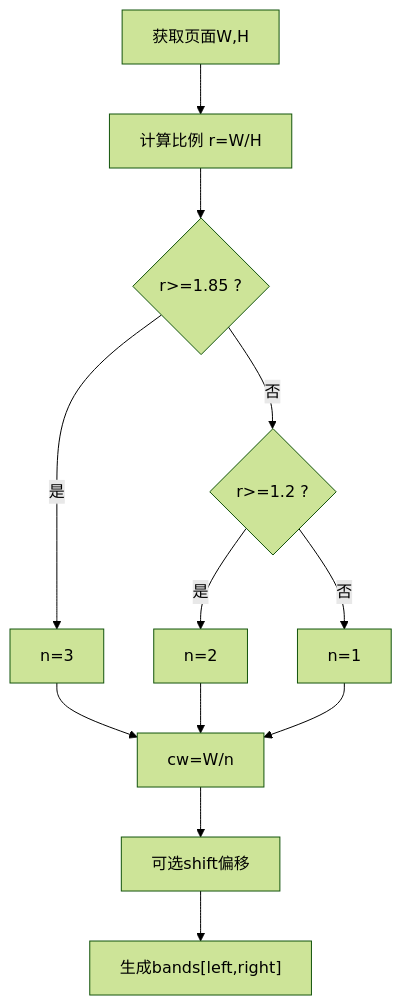
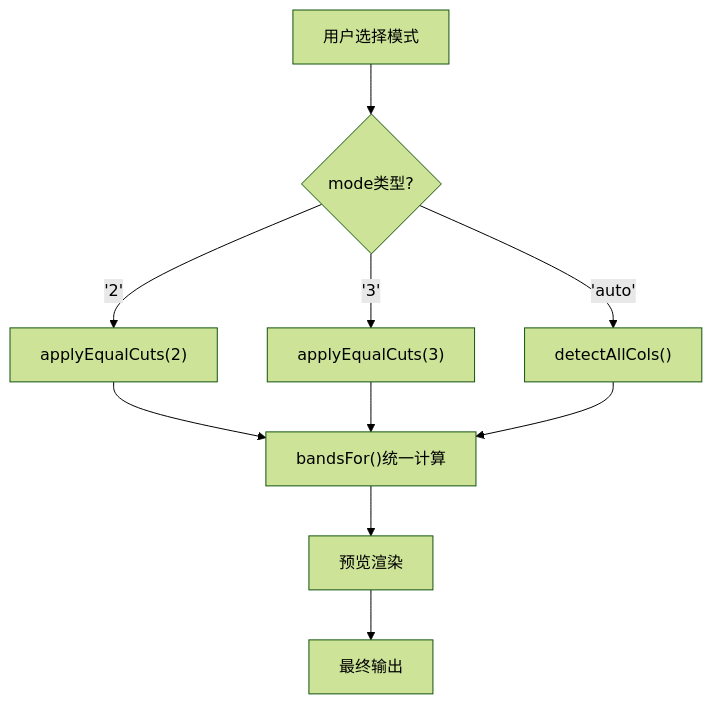
One commit to wzh8080/PDFTools changed the fifth of 9 diagrams in .qoder/repowiki/zh/content/Web应用架构/PDF处理引擎/PDF处理引擎.md. Above: the diagram before and after it, drawn with Mermaid (forest theme). The commit also changed other lines of this file and 29 other files, not shown here.

````diff
--- a/.qoder/repowiki/zh/content/Web应用架构/PDF处理引擎/PDF处理引擎.md
+++ b/.qoder/repowiki/zh/content/Web应用架构/PDF处理引擎/PDF处理引擎.md
@@ -177,14 +194,12 @@
 ```mermaid
 flowchart TD
-W_H["获取页面W,H"] --> Ratio["计算比例 r=W/H"]
-Ratio --> Decide{"r>=1.85 ?"}
-Decide --> |是| N3["n=3"]
-Decide --> |否| Check2{"r>=1.2 ?"}
-Check2 --> |是| N2["n=2"]
-Check2 --> |否| N1["n=1"]
-N3 --> Cw["cw=W/n"]
-N2 --> Cw
-N1 --> Cw
-Cw --> Shift["可选shift偏移"]
-Shift --> Bands["生成bands[left,right]"]
+ModeSel["用户选择模式"] --> CheckMode{"mode类型?"}
+CheckMode --> |'2'| ApplyEq2["applyEqualCuts(2)"]
+CheckMode --> |'3'| ApplyEq3["applyEqualCuts(3)"]
+CheckMode --> |'auto'| DetectAll["detectAllCols()"]
+ApplyEq2 --> BandsCalc["bandsFor()统一计算"]
+ApplyEq3 --> BandsCalc
+DetectAll --> BandsCalc
+BandsCalc --> Preview["预览渲染"]
+Preview --> Output["最终输出"]
 ```
````
